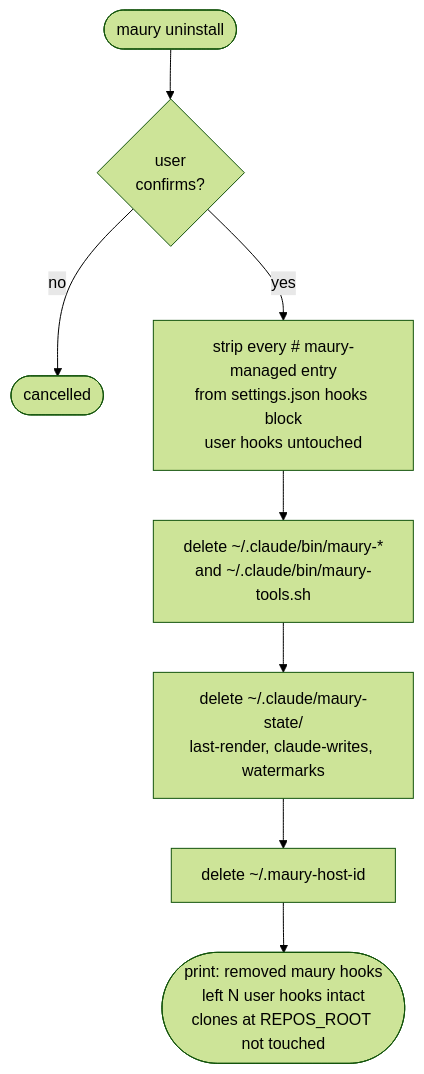
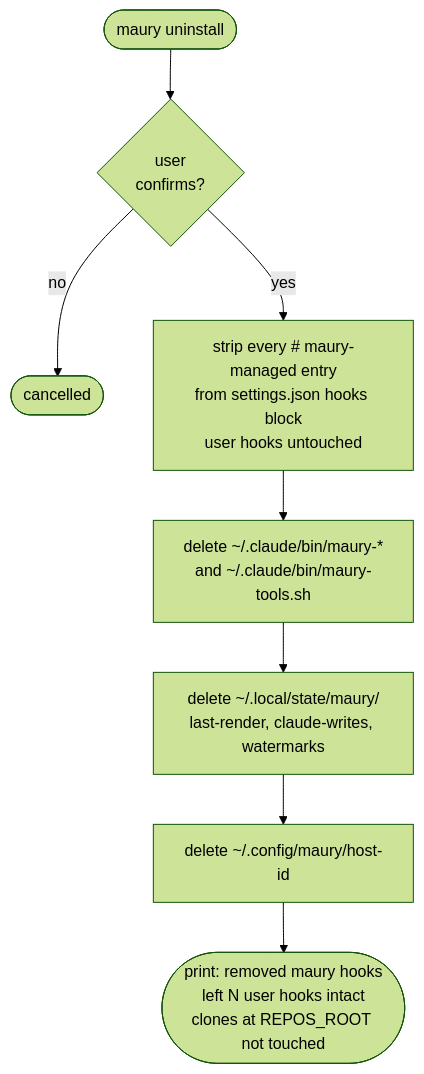
One commit to csmarshall/maury changed the tenth of 10 diagrams in docs/operations.md. Above: the diagram before and after it, drawn with Mermaid (forest theme). The commit also changed other lines of this file and 31 other files, not shown here.

````diff
--- a/docs/operations.md
+++ b/docs/operations.md
@@ -410,10 +410,10 @@
 ```mermaid
 flowchart TD
     Start([maury uninstall]) --> Confirm{user<br/>confirms?}
     Confirm -->|no| Abort([cancelled])
     Confirm -->|yes| StripHooks[strip every # maury-managed entry<br/>from settings.json hooks block<br/>user hooks untouched]
     StripHooks --> DelBin[delete ~/.claude/bin/maury-*<br/>and ~/.claude/bin/maury-tools.sh]
-    DelBin --> DelState[delete ~/.claude/maury-state/<br/>last-render, claude-writes, watermarks]
-    DelState --> DelID[delete ~/.maury-host-id]
+    DelBin --> DelState[delete ~/.local/state/maury/<br/>last-render, claude-writes, watermarks]
+    DelState --> DelID[delete ~/.config/maury/host-id]
     DelID --> Done([print: removed maury hooks<br/>left N user hooks intact<br/>clones at REPOS_ROOT not touched])
 ```
````
